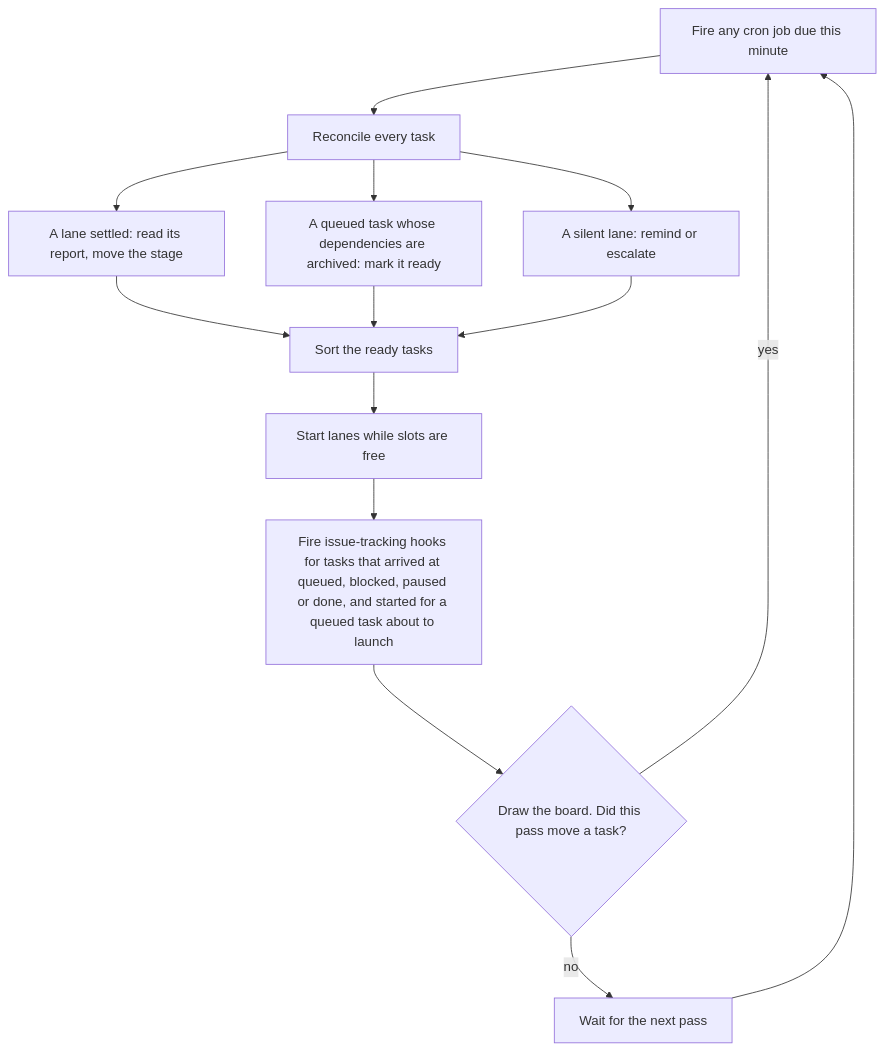
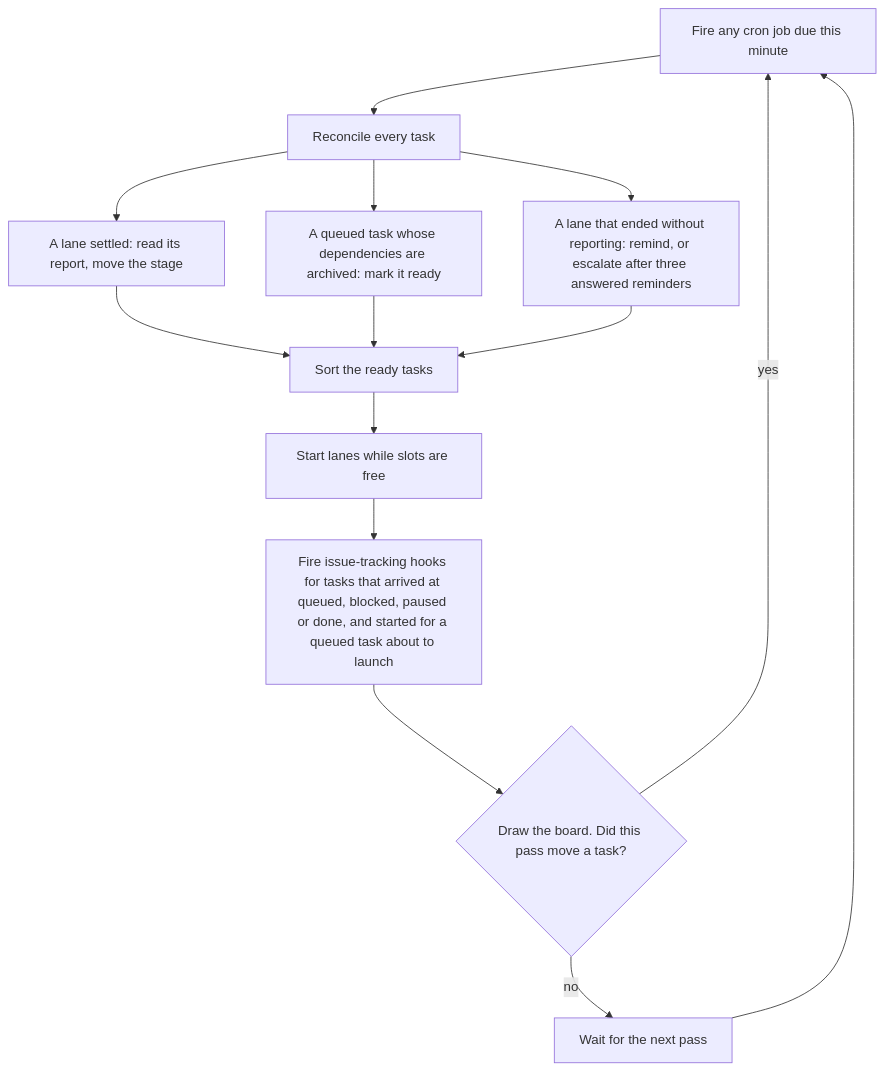
The first of 2 diagrams in docs/dispatcher.md (marvingygas/spoolway), drawn with Mermaid before and after one commit. The commit also changed other lines of this file and 6 other files, not shown here.

Commit message:
fix(dispatch): remind a silent lane again instead of escalating it

````diff
--- a/docs/dispatcher.md
+++ b/docs/dispatcher.md
@@ -75,14 +75,14 @@
 ```mermaid
 flowchart TD
   A[Fire any cron job due this minute] --> B[Reconcile every task]
   B --> B1[A lane settled: read its report, move the stage]
   B --> B2[A queued task whose dependencies are archived: mark it ready]
-  B --> B3[A silent lane: remind or escalate]
+  B --> B3[A lane that ended without reporting: remind, or escalate after three answered reminders]
   B1 & B2 & B3 --> C[Sort the ready tasks]
   C --> D[Start lanes while slots are free]
   D --> E[Fire issue-tracking hooks for tasks that arrived at queued, blocked, paused or done, and started for a queued task about to launch]
   E --> F{Draw the board. Did this pass move a task?}
   F -->|yes| A
   F -->|no| G[Wait for the next pass]
   G --> A
 ```
````
